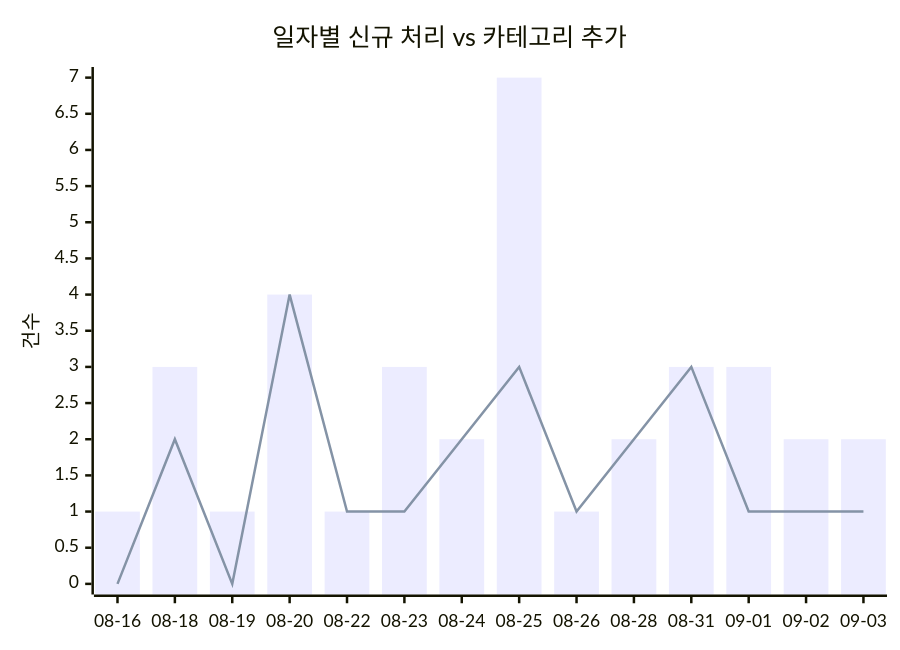
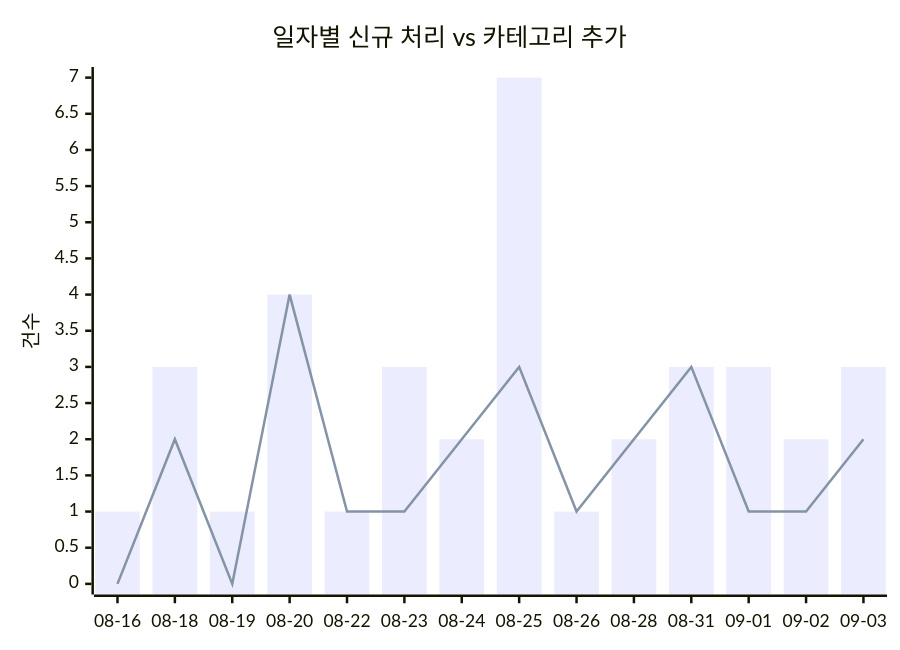
Before and after one commit to J-nowcow/awesome-korean-agent-skills: the first of 2 diagrams in docs/trends.md, drawn with Mermaid. The commit also changed other lines of this file and 4 other files, not shown here.

````diff
--- a/docs/trends.md
+++ b/docs/trends.md
@@ -32,8 +32,8 @@
 ```mermaid
 xychart-beta
     title "일자별 신규 처리 vs 카테고리 추가"
     x-axis ["08-16","08-18","08-19","08-20","08-22","08-23","08-24","08-25","08-26","08-28","08-31","09-01","09-02","09-03"]
     y-axis "건수"
-    bar [1,3,1,4,1,3,2,7,1,2,3,3,2,2]
-    line [0,2,0,4,1,1,2,3,1,2,3,1,1,1]
+    bar [1,3,1,4,1,3,2,7,1,2,3,3,2,3]
+    line [0,2,0,4,1,1,2,3,1,2,3,1,1,2]
 ```
````
